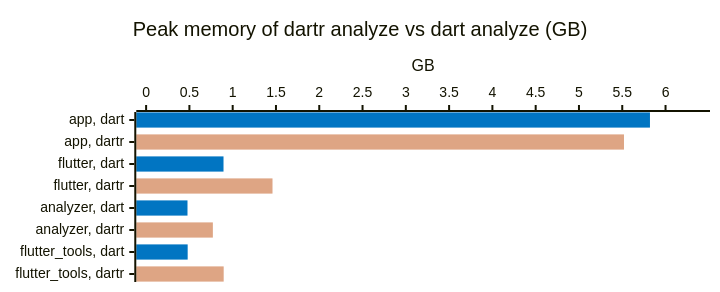
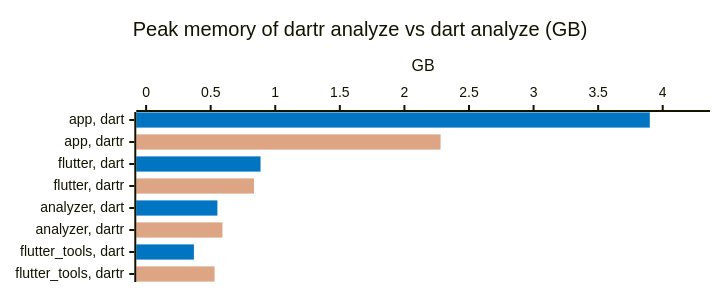
Before and after one commit to orestesgaolin/dartr: the third of 15 diagrams in docs/BENCHMARKS.md, drawn with Mermaid. The commit also changed other lines of this file and 3 other files, not shown here.

````diff
--- a/docs/BENCHMARKS.md
+++ b/docs/BENCHMARKS.md
@@ -55,17 +55,17 @@
 ```mermaid
 ---
 config:
   xyChart:
     height: 272
   themeVariables:
     xyChart:
       plotColorPalette: "#0175C2, #DEA584"
 ---
 xychart-beta horizontal
     %% -100 = no bar: one series per measurement gives each its own color
     title "Peak memory of dartr analyze vs dart analyze (GB)"
     x-axis ["app, dart", "app, dartr", "flutter, dart", "flutter, dartr", "analyzer, dart", "analyzer, dartr", "flutter_tools, dart", "flutter_tools, dartr"]
-    y-axis "GB" 0 --> 6.4
-    bar [5.82, -100, 0.894, -100, 0.478, -100, 0.48, -100]
-    bar [-100, 5.52, -100, 1.46, -100, 0.771, -100, 0.896]
+    y-axis "GB" 0 --> 4.29
+    bar [3.9, -100, 0.886, -100, 0.552, -100, 0.37, -100]
+    bar [-100, 2.28, -100, 0.835, -100, 0.591, -100, 0.53]
 ```
````
